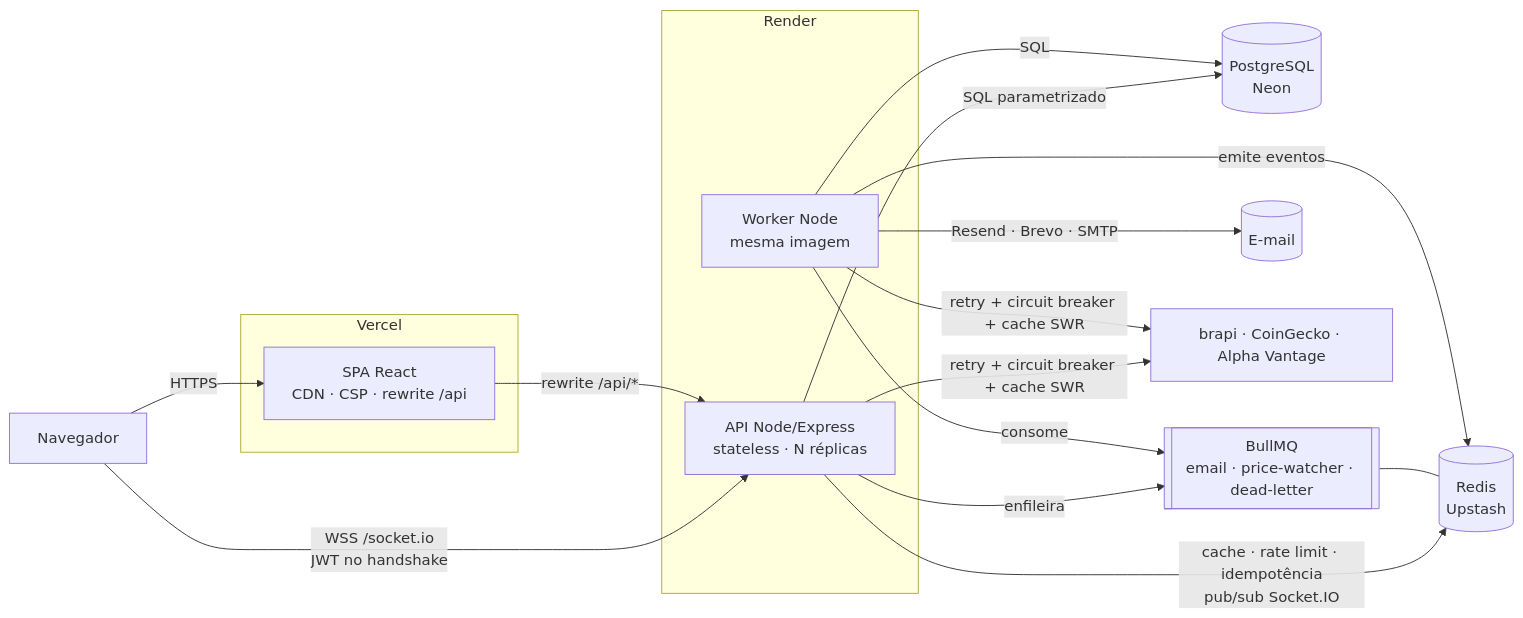
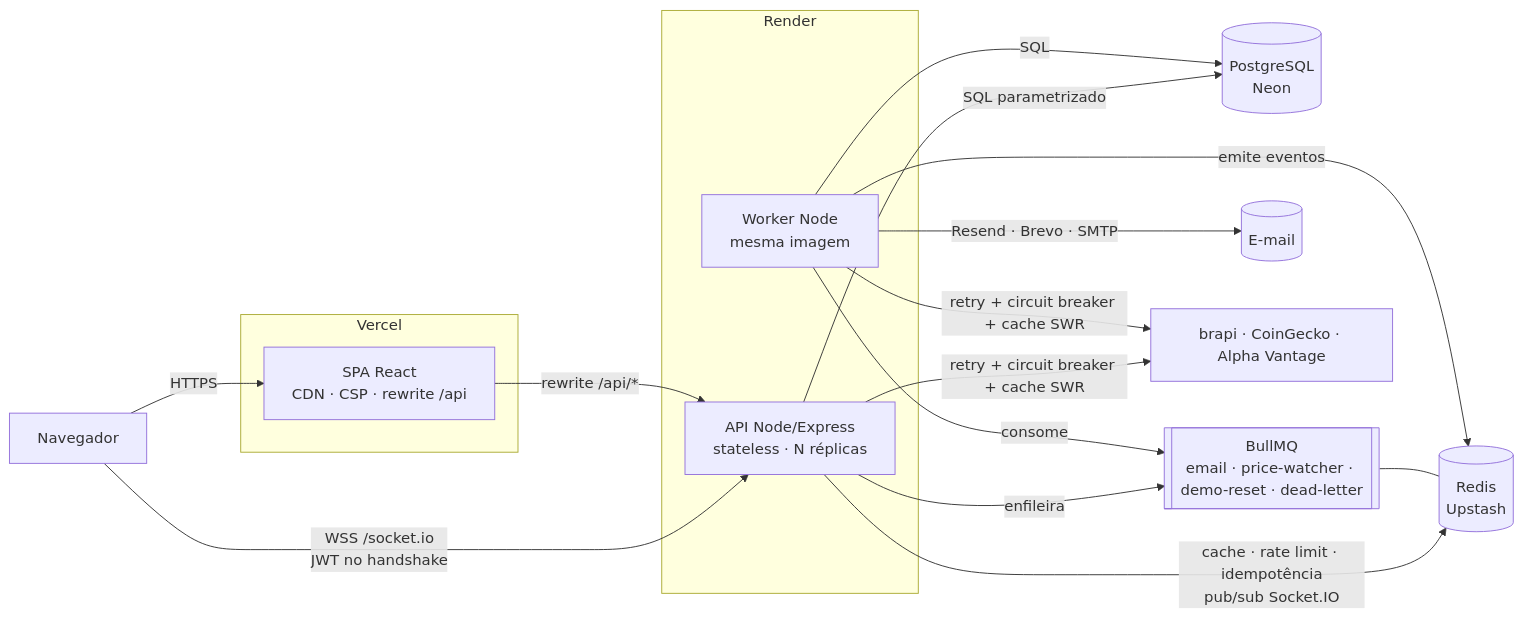
Before and after one commit to agnaldoteixeira338-code/turbo-mais: the first of 4 diagrams in docs/ARCHITECTURE.md, drawn with Mermaid. The commit also changed other lines of this file and 33 other files, not shown here.

````diff
--- a/docs/ARCHITECTURE.md
+++ b/docs/ARCHITECTURE.md
@@ -7,22 +7,22 @@
 ```mermaid
 flowchart LR
   subgraph Vercel
     N[SPA React<br/>CDN · CSP · rewrite /api]
   end
   subgraph Render
     API[API Node/Express<br/>stateless · N réplicas]
     W[Worker Node<br/>mesma imagem]
   end
   U[Navegador] -- HTTPS --> N
   U -- WSS /socket.io<br/>JWT no handshake --> API
   N -- rewrite /api/* --> API
   API -- SQL parametrizado --> PG[(PostgreSQL<br/>Neon)]
   API -- cache · rate limit · idempotência<br/>pub/sub Socket.IO --> R[(Redis<br/>Upstash)]
-  API -- enfileira --> Q[[BullMQ<br/>email · price-watcher · dead-letter]]
+  API -- enfileira --> Q[[BullMQ<br/>email · price-watcher · demo-reset · dead-letter]]
   Q --- R
   W -- consome --> Q
   W -- emite eventos --> R
   W -- SQL --> PG
   W -- Resend · Brevo · SMTP --> E[(E-mail)]
   API & W -- retry + circuit breaker + cache SWR --> X[brapi · CoinGecko · Alpha Vantage]
 ```
````
